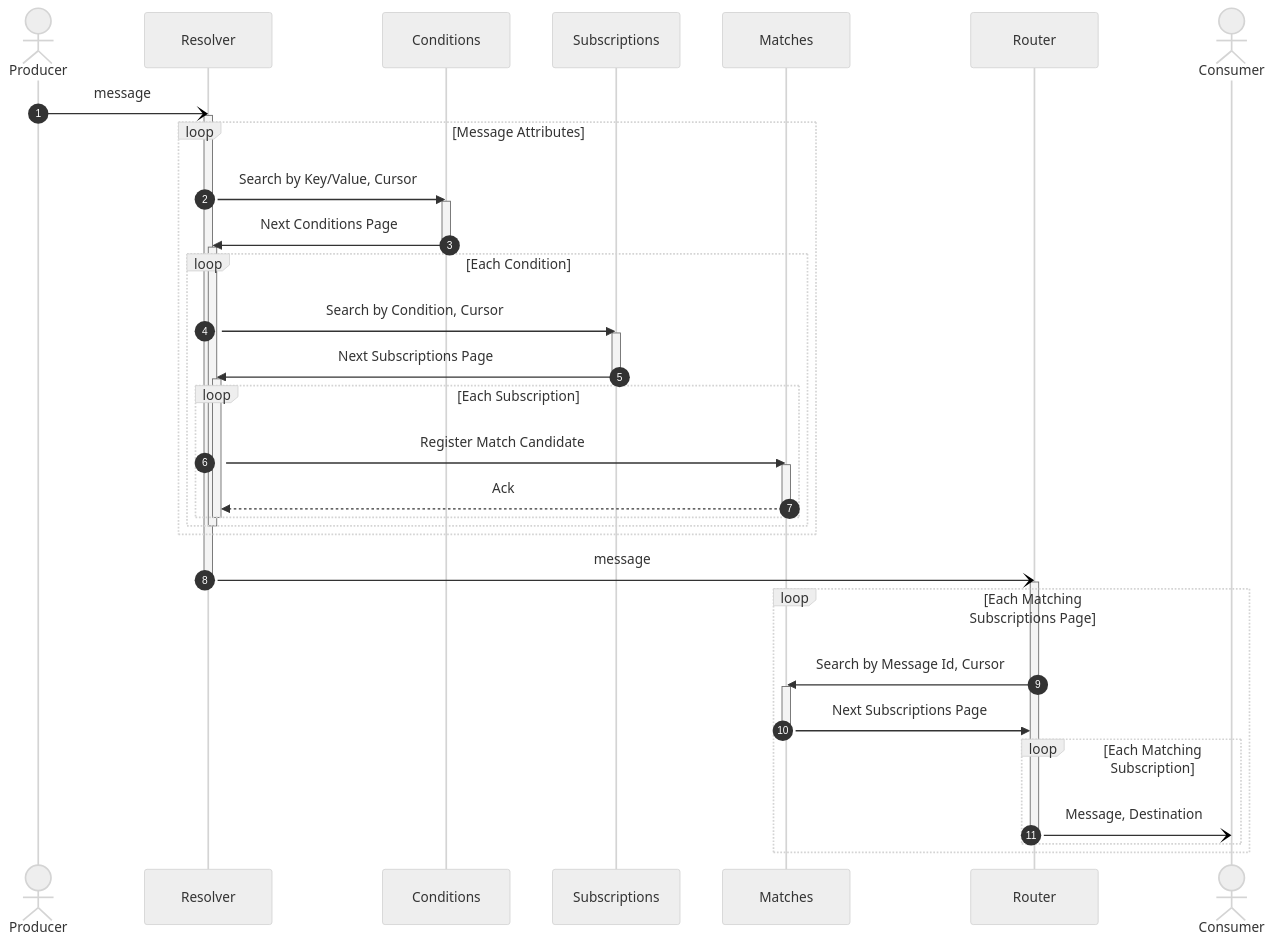
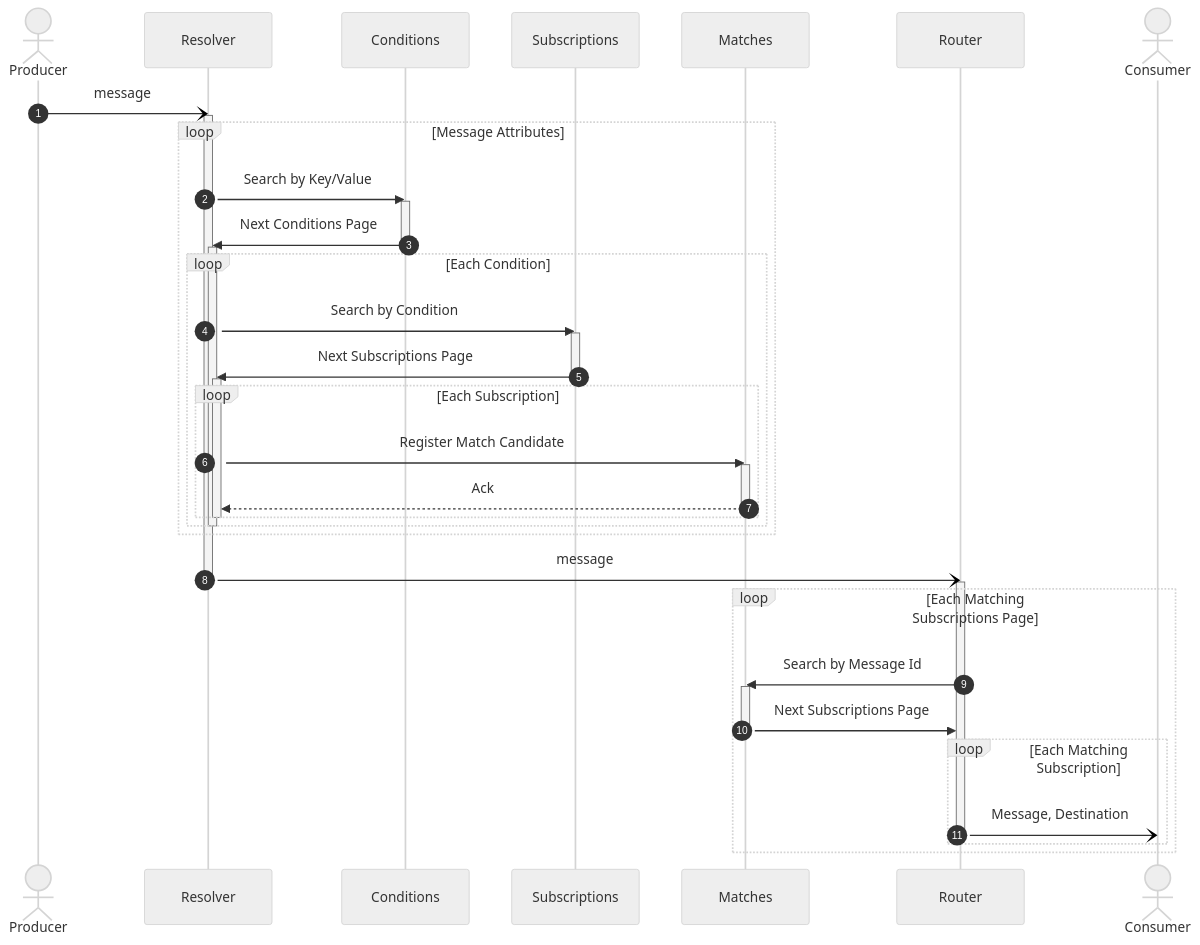
Before and after one commit to awakari/.github: the diagram in profile/README.md, drawn with Mermaid.

````diff
--- a/profile/README.md
+++ b/profile/README.md
@@ -121,63 +121,63 @@
 ```mermaid
 %%{init: {'theme': 'neutral' } }%%
 sequenceDiagram
 
     autonumber
 
     actor Producer
     participant Resolver
     participant Conditions
     participant Subscriptions
     participant Matches
     participant Router
     actor Consumer
 
     Producer-)Resolver: message
     activate Resolver
     
     loop Message Attributes
     
-        Resolver->>Conditions: Search by Key/Value, Cursor
+        Resolver->>Conditions: Search by Key/Value
         activate Conditions
         Conditions->>Resolver: Next Conditions Page
         deactivate Conditions
         
         activate Resolver
         loop Each Condition
             
-            Resolver->>Subscriptions: Search by Condition, Cursor
+            Resolver->>Subscriptions: Search by Condition
             activate Subscriptions
             Subscriptions->>Resolver: Next Subscriptions Page
             deactivate Subscriptions
             
             activate Resolver
             loop Each Subscription
                 Resolver->>Matches: Register Match Candidate
                 activate Matches
                 Matches-->>Resolver: Ack
                 deactivate Matches
             end
             deactivate Resolver
             
         end
         deactivate Resolver
     end
         
     Resolver-)Router: message
     deactivate Resolver
 
     activate Router
     loop Each Matching Subscriptions Page
         
-        Router->>Matches: Search by Message Id, Cursor
+        Router->>Matches: Search by Message Id
         activate Matches
         Matches->>Router: Next Subscriptions Page
         deactivate Matches
         
         loop Each Matching Subscription
             Router-)Consumer: Message, Destination
             deactivate Router
         end
         
     end
 ```
````
